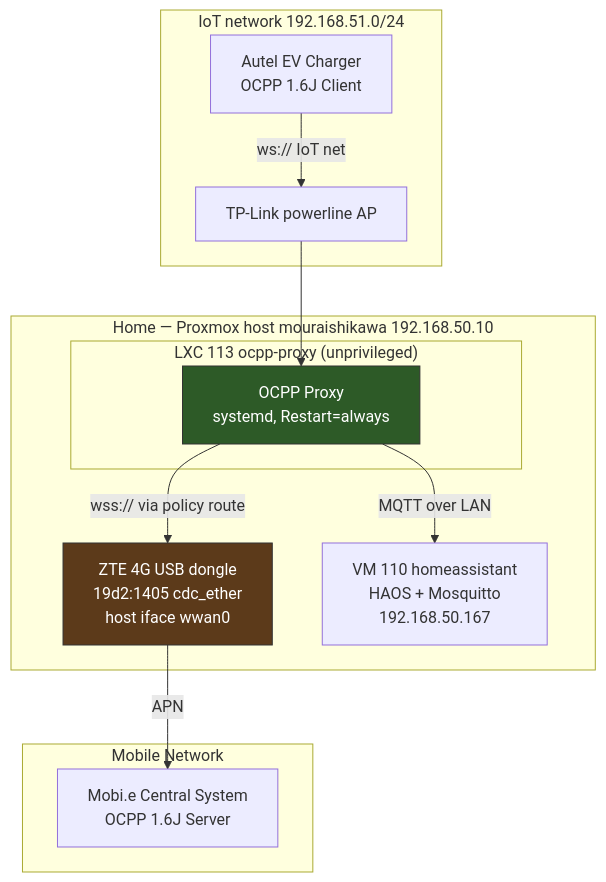
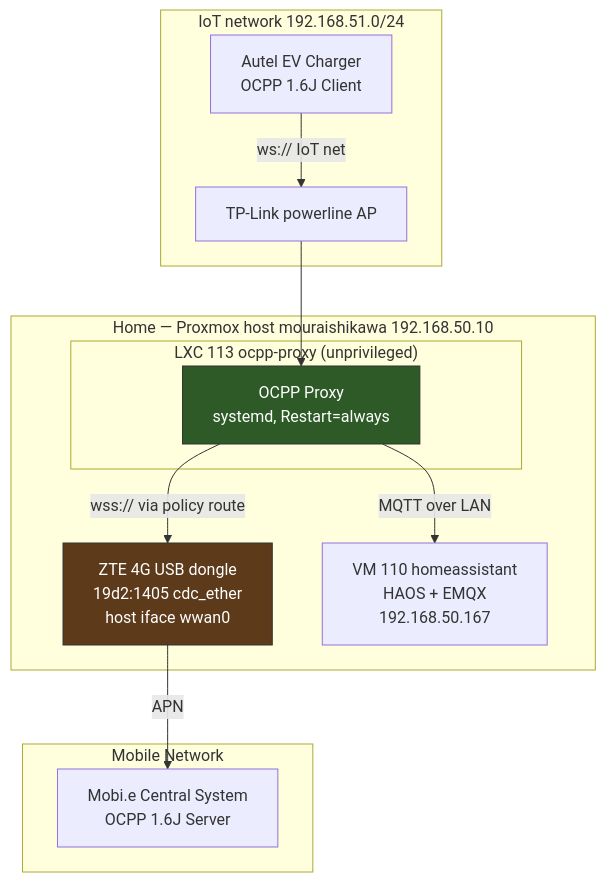
One commit to damasiormoura/ocpp-proxy changed the first of 4 diagrams in .kiro/specs/ocpp-proxy-ha-integration/design.md. Above: the diagram before and after it, drawn with Mermaid. The commit also changed other lines of this file and 7 other files, not shown here.

````diff
--- a/.kiro/specs/ocpp-proxy-ha-integration/design.md
+++ b/.kiro/specs/ocpp-proxy-ha-integration/design.md
@@ -35,28 +35,28 @@
 ```mermaid
 graph TB
     subgraph Mobile["Mobile Network"]
         CentralSystem["Mobi.e Central System<br/>OCPP 1.6J Server"]
     end
 
     subgraph Home["Home — Proxmox host mouraishikawa 192.168.50.10"]
         Dongle["ZTE 4G USB dongle<br/>19d2:1405 cdc_ether<br/>host iface wwan0"]
         subgraph LXC["LXC 113 ocpp-proxy (unprivileged)"]
             Proxy["OCPP Proxy<br/>systemd, Restart=always"]
         end
-        HA["VM 110 homeassistant<br/>HAOS + Mosquitto<br/>192.168.50.167"]
+        HA["VM 110 homeassistant<br/>HAOS + EMQX<br/>192.168.50.167"]
     end
 
     subgraph LAN["IoT network 192.168.51.0/24"]
         Powerline["TP-Link powerline AP"]
         Charger["Autel EV Charger<br/>OCPP 1.6J Client"]
     end
 
     Charger -->|"ws:// IoT net"| Powerline
     Powerline --> Proxy
     Proxy -->|"wss:// via policy route"| Dongle
     Dongle -->|"APN"| CentralSystem
     Proxy -->|"MQTT over LAN"| HA
 
     style Proxy fill:#2d5a27,stroke:#333,color:#fff
     style Dongle fill:#5c3a1a,stroke:#333,color:#fff
 ```
````
